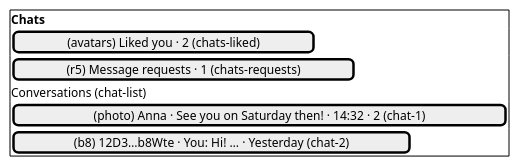
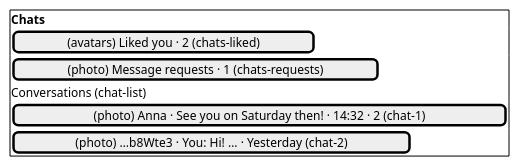
Before and after one commit to abbat/dyapp: diagram 11 of 14 in docs/design/desktop-screens.md, drawn with PlantUML. The commit also changed other lines of this file and 4 other files, not shown here.

````diff
--- a/docs/design/desktop-screens.md
+++ b/docs/design/desktop-screens.md
@@ -213,12 +215,12 @@
 ```plantuml
 @startsalt
 {+
 <b>Chats
 [(avatars) Liked you · 2 (chats-liked)]
-[(r5) Message requests · 1 (chats-requests)]
+[(photo) Message requests · 1 (chats-requests)]
 Conversations (chat-list)
 [(photo) Anna · See you on Saturday then! · 14:32 · 2 (chat-1)]
-[(b8) 12D3…b8Wte · You: Hi! … · Yesterday (chat-2)]
+[(photo) …b8Wte3 · You: Hi! … · Yesterday (chat-2)]
 }
 @endsalt
 ```
````
